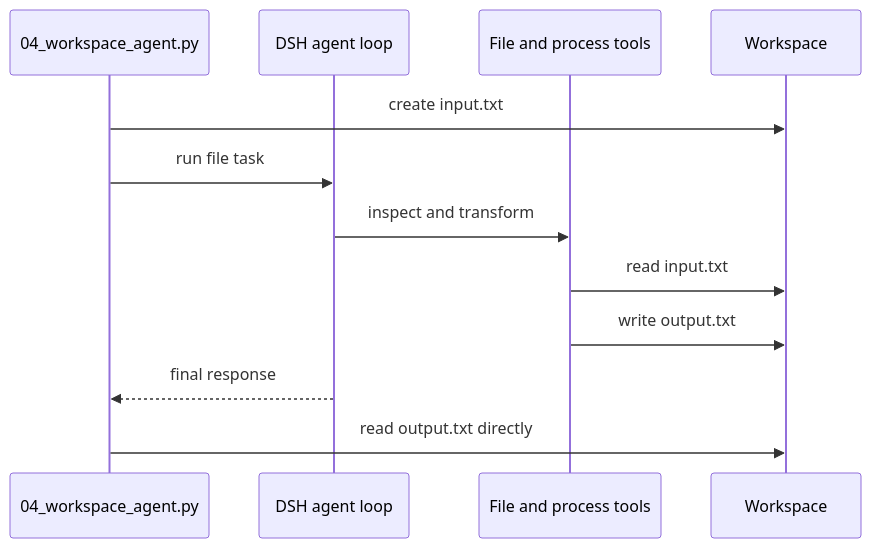
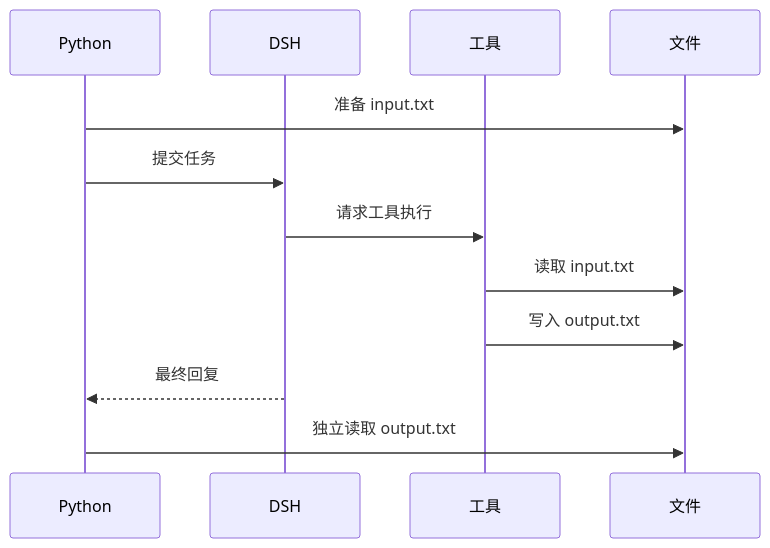
The diagram in tutorials/python-sdk/tutorials/04-workspace-agent.zh.md (eriklee1895/hands-on-dsh), drawn with Mermaid before and after one commit. The commit also changed other lines of this file and 86 other files, not shown here.

Commit message:
docs: improve course narrative, technical guidance, and diagrams

````diff
--- a/tutorials/python-sdk/tutorials/04-workspace-agent.zh.md
+++ b/tutorials/python-sdk/tutorials/04-workspace-agent.zh.md
@@ -26,14 +38,14 @@
 ```mermaid
 sequenceDiagram
-    participant App as 04_workspace_agent.py
-    participant Agent as DSH agent loop
-    participant Tools as File and process tools
-    participant Disk as Workspace
-    App->>Disk: create input.txt
-    App->>Agent: run file task
-    Agent->>Tools: inspect and transform
-    Tools->>Disk: read input.txt
-    Tools->>Disk: write output.txt
-    Agent-->>App: final response
-    App->>Disk: read output.txt directly
+    participant App as Python
+    participant Agent as DSH
+    participant Tools as 工具
+    participant Disk as 文件
+    App->>Disk: 准备 input.txt
+    App->>Agent: 提交任务
+    Agent->>Tools: 请求工具执行
+    Tools->>Disk: 读取 input.txt
+    Tools->>Disk: 写入 output.txt
+    Agent-->>App: 最终回复
+    App->>Disk: 独立读取 output.txt
 ```
````
